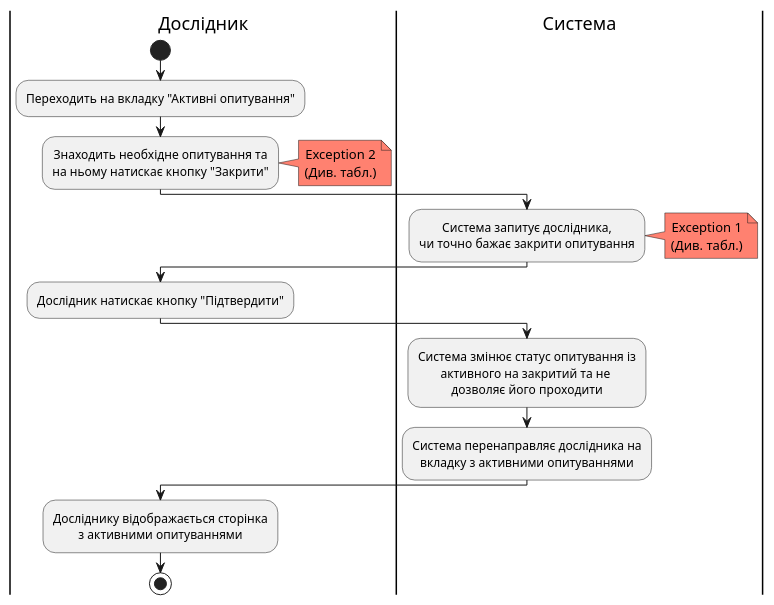
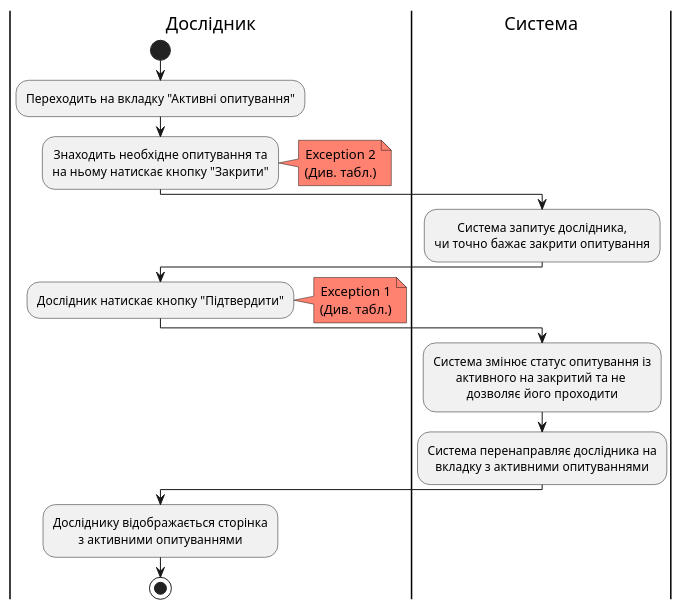
Before and after one commit to generalmaks/db_labs: the second of 3 diagrams in docs/use_cases.md, drawn with PlantUML. The commit also changed other lines of this file, not shown here.

Commit message:
Moved exceptions on diagram

````diff
--- a/docs/use_cases.md
+++ b/docs/use_cases.md
@@ -60,33 +60,33 @@
 ```plantuml
 @startuml
 |Дослідник|
 start
 skinparam defaultTextAlignment center
 :Переходить на вкладку "Активні опитування";
 :Знаходить необхідне опитування та 
 на ньому натискає кнопку "Закрити";
 note right #ff8170
 Exception 2
 (Див. табл.)
 end note
 |Система|
 :Система запитує дослідника, 
 чи точно бажає закрити опитування;
+|Дослідник|
+:Дослідник натискає кнопку "Підтвердити";
 note right #ff8170
 Exception 1
 (Див. табл.)
 end note
-|Дослідник|
-:Дослідник натискає кнопку "Підтвердити";
 |Система|
 :Система змінює статус опитування із 
 активного на закритий та не 
 дозволяє його проходити;
 :Система перенаправляє дослідника на 
 вкладку з активними опитуваннями;
 |Дослідник|
 :Досліднику відображається сторінка
 з активними опитуваннями;
 stop
 @enduml
 ```
````
